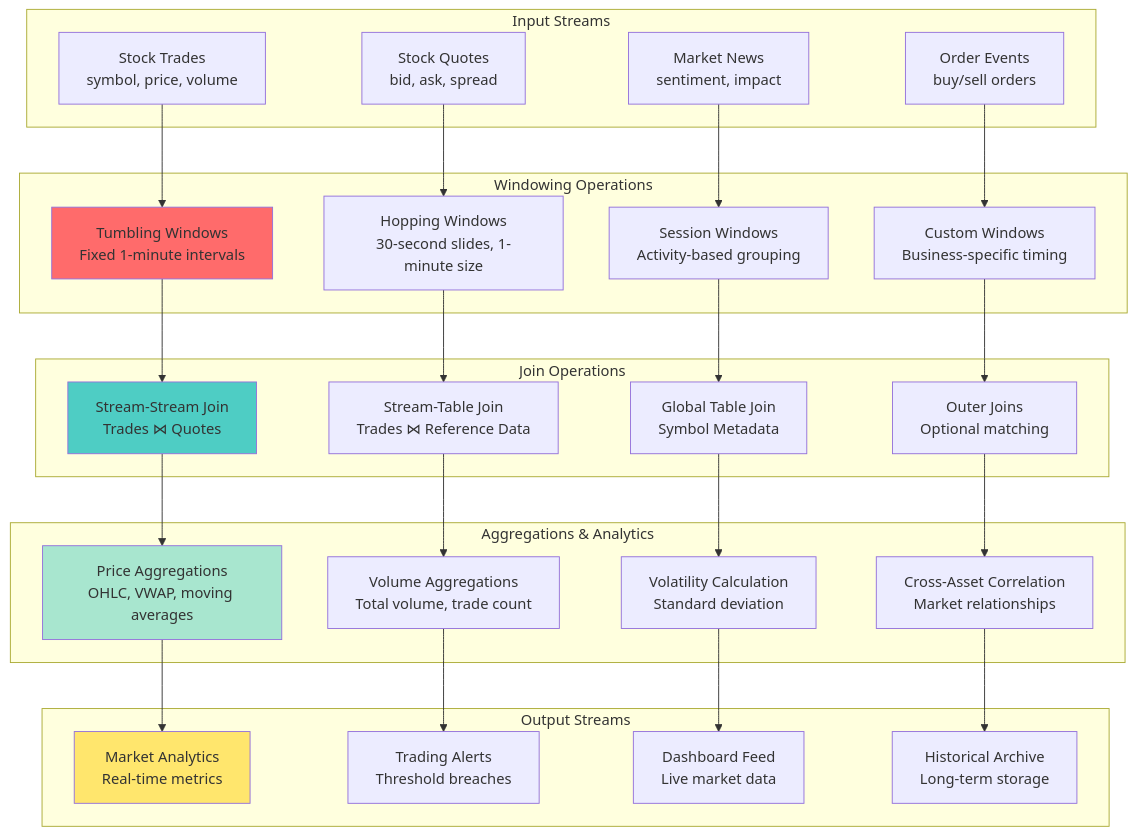
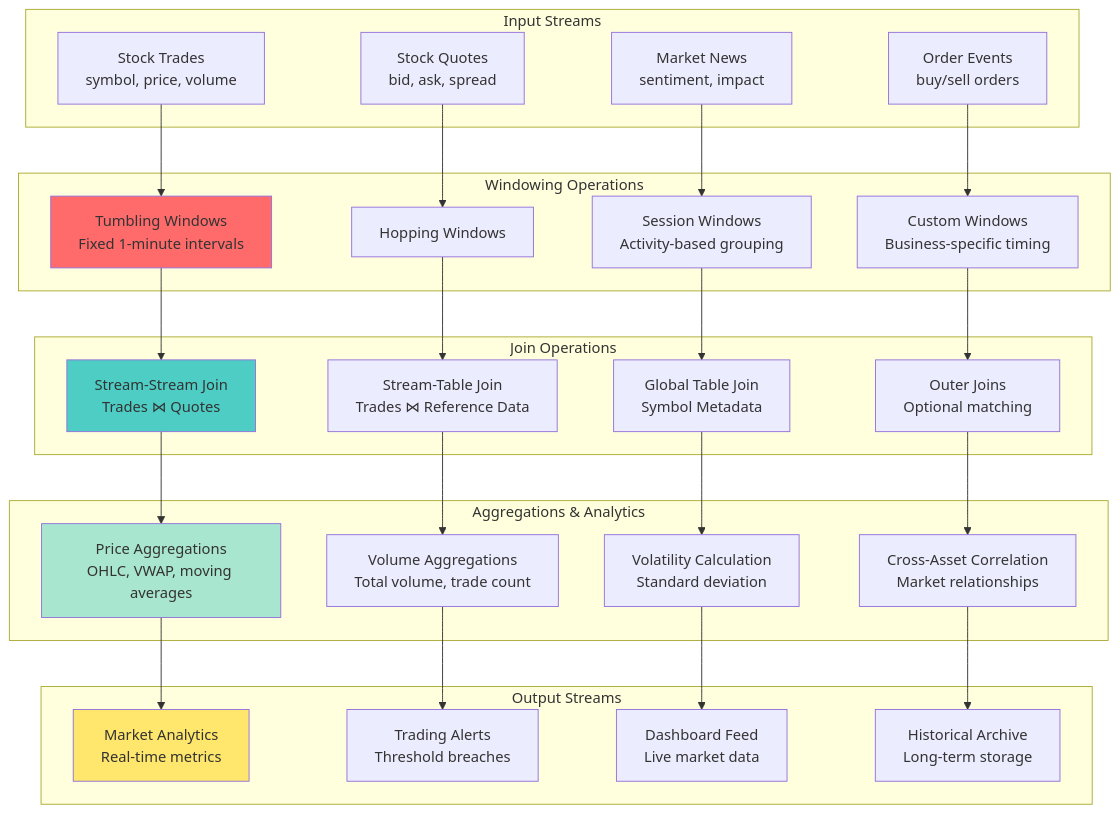
The first of 4 diagrams in class/workshop/lesson_15/README.md (vorrawut/KafkaStarter), drawn with Mermaid before and after one commit. The commit also changed other lines of this file and 140 other files, not shown here.

````diff
--- a/class/workshop/lesson_15/README.md
+++ b/class/workshop/lesson_15/README.md
@@ -24,62 +24,62 @@
 ```mermaid
 graph TB
     subgraph "Input Streams"
         TRADES[Stock Trades<br/>symbol, price, volume]
         QUOTES[Stock Quotes<br/>bid, ask, spread]
         NEWS[Market News<br/>sentiment, impact]
         ORDERS[Order Events<br/>buy/sell orders]
     end
     
     subgraph "Windowing Operations"
         TUMBLING[Tumbling Windows<br/>Fixed 1-minute intervals]
-        HOPPING[Hopping Windows<br/>30-second slides, 1-minute size]
+        HOPPING[Hopping Windows<br/&gt;30-second slides, 1-minute size]
         SESSION[Session Windows<br/>Activity-based grouping]
         CUSTOM[Custom Windows<br/>Business-specific timing]
     end
     
     subgraph "Join Operations"
         SS_JOIN[Stream-Stream Join<br/>Trades ⋈ Quotes]
         ST_JOIN[Stream-Table Join<br/>Trades ⋈ Reference Data]
         GLOBAL_JOIN[Global Table Join<br/>Symbol Metadata]
         OUTER_JOIN[Outer Joins<br/>Optional matching]
     end
     
     subgraph "Aggregations & Analytics"
         PRICE_AGG[Price Aggregations<br/>OHLC, VWAP, moving averages]
         VOLUME_AGG[Volume Aggregations<br/>Total volume, trade count]
         VOLATILITY[Volatility Calculation<br/>Standard deviation]
         CORRELATION[Cross-Asset Correlation<br/>Market relationships]
     end
     
     subgraph "Output Streams"
         ANALYTICS[Market Analytics<br/>Real-time metrics]
         ALERTS[Trading Alerts<br/>Threshold breaches]
         DASHBOARD[Dashboard Feed<br/>Live market data]
         ARCHIVE[Historical Archive<br/>Long-term storage]
     end
     
     TRADES --> TUMBLING
     QUOTES --> HOPPING
     NEWS --> SESSION
     ORDERS --> CUSTOM
     
     TUMBLING --> SS_JOIN
     HOPPING --> ST_JOIN
     SESSION --> GLOBAL_JOIN
     CUSTOM --> OUTER_JOIN
     
     SS_JOIN --> PRICE_AGG
     ST_JOIN --> VOLUME_AGG
     GLOBAL_JOIN --> VOLATILITY
     OUTER_JOIN --> CORRELATION
     
     PRICE_AGG --> ANALYTICS
     VOLUME_AGG --> ALERTS
     VOLATILITY --> DASHBOARD
     CORRELATION --> ARCHIVE
     
     style TUMBLING fill:#ff6b6b
     style SS_JOIN fill:#4ecdc4
     style PRICE_AGG fill:#a8e6cf
     style ANALYTICS fill:#ffe66d
 ```
````
